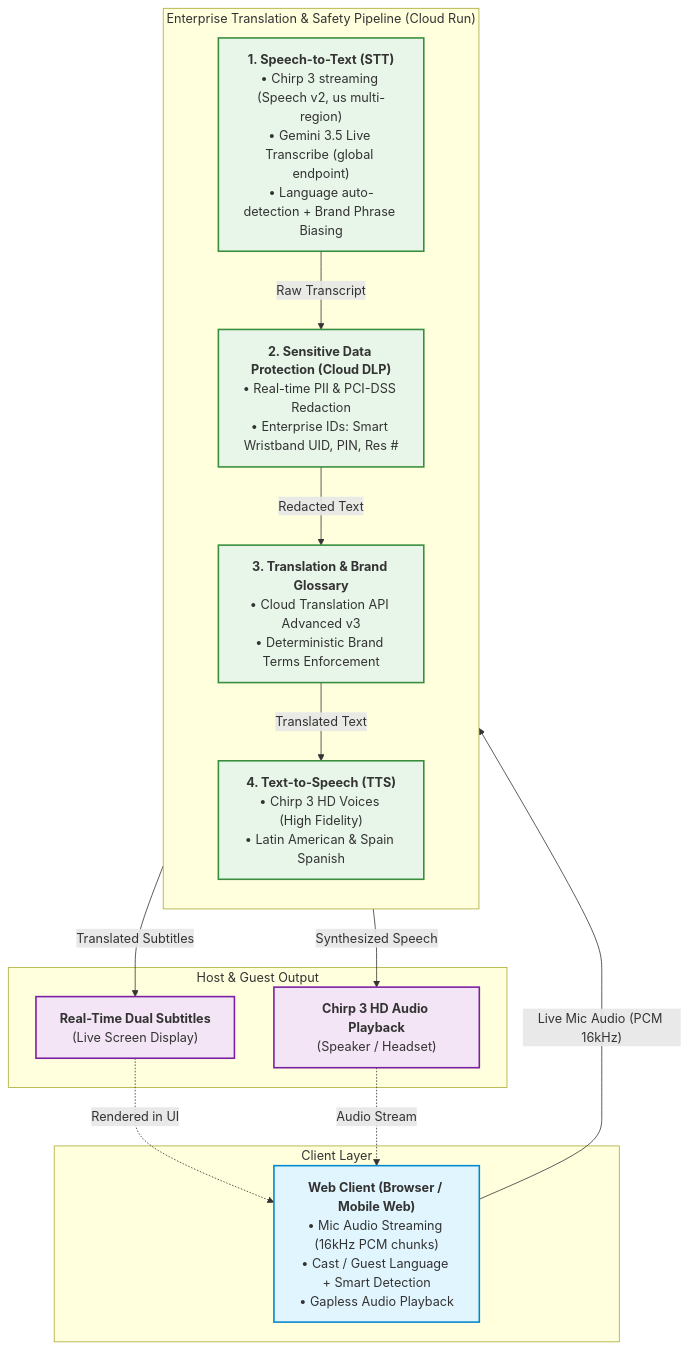
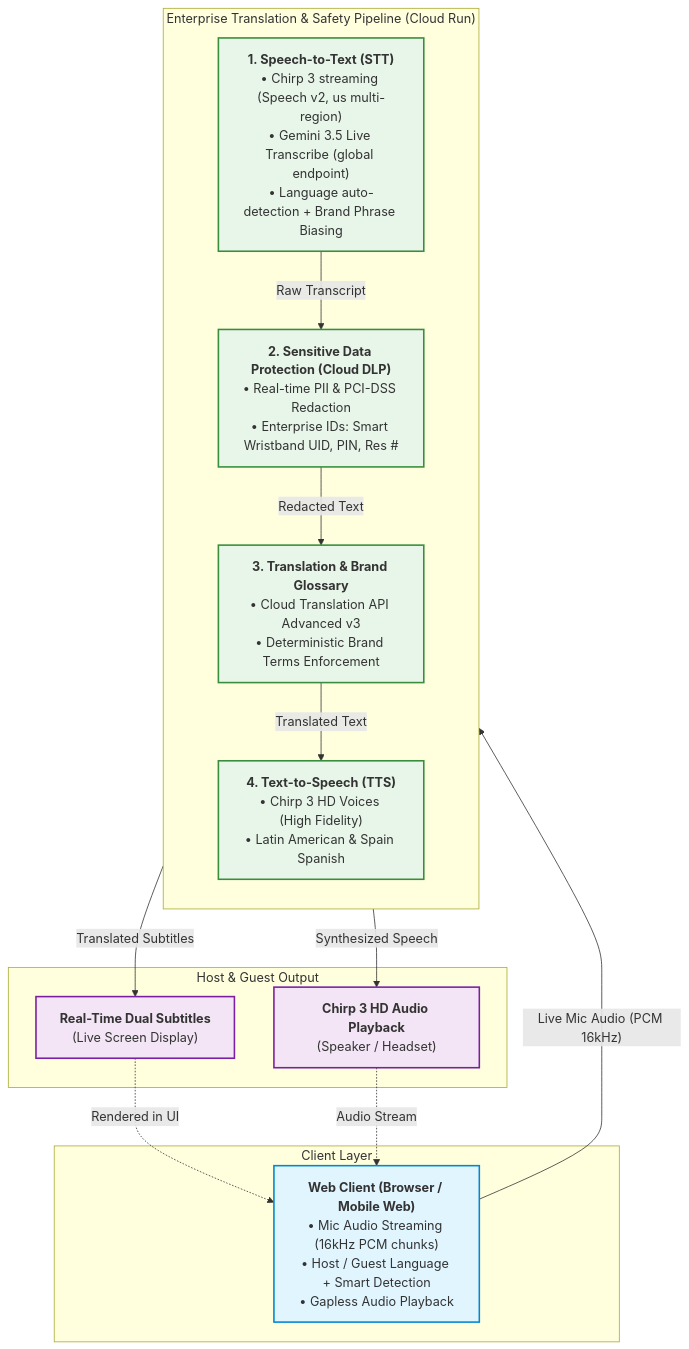
Before and after one commit to John-Anthony-L/GCP-Live-Translation: the first of 2 diagrams in README.md, drawn with Mermaid. The commit also changed other lines of this file and 20 other files, not shown here.

````diff
--- a/README.md
+++ b/README.md
@@ -28,42 +29,42 @@
 ```mermaid
 flowchart TD
     subgraph Client["Client Layer"]
-        Web["<b>Web Client (Browser / Mobile Web)</b><br/>• Mic Audio Streaming (16kHz PCM chunks)<br/>• Cast / Guest Language + Smart Detection<br/>• Gapless Audio Playback"]
+        Web["<b>Web Client (Browser / Mobile Web)</b><br/>• Mic Audio Streaming (16kHz PCM chunks)<br/>• Host / Guest Language + Smart Detection<br/>• Gapless Audio Playback"]
     end
 
     subgraph Pipeline["Enterprise Translation & Safety Pipeline (Cloud Run)"]
         direction TB
         STT["<b>1. Speech-to-Text (STT)</b><br/>• Chirp 3 streaming (Speech v2, us multi-region)<br/>• Gemini 3.5 Live Transcribe (global endpoint)<br/>• Language auto-detection + Brand Phrase Biasing"]
         DLP["<b>2. Sensitive Data Protection (Cloud DLP)</b><br/>• Real-time PII & PCI-DSS Redaction<br/>• Enterprise IDs: Smart Wristband UID, PIN, Res #"]
         Trans["<b>3. Translation & Brand Glossary</b><br/>• Cloud Translation API Advanced v3<br/>• Deterministic Brand Terms Enforcement"]
         TTS["<b>4. Text-to-Speech (TTS)</b><br/>• Chirp 3 HD Voices (High Fidelity)<br/>• Latin American & Spain Spanish"]
     end
 
     subgraph Experience["Host & Guest Output"]
         TextOut["<b>Real-Time Dual Subtitles</b><br/>(Live Screen Display)"]
         AudioOut["<b>Chirp 3 HD Audio Playback</b><br/>(Speaker / Headset)"]
     end
 
     %% Audio input flow
     Web -->|"Live Mic Audio (PCM 16kHz)"| STT
     STT -->|"Raw Transcript"| DLP
     DLP -->|"Redacted Text"| Trans
     Trans -->|"Translated Text"| TTS
 
     %% Output flow directly from Translation Pipeline
     Trans -->|"Translated Subtitles"| TextOut
     TTS -->|"Synthesized Speech"| AudioOut
 
     %% Feedback loop to Web Client UI
     TextOut -.->|"Rendered in UI"| Web
     AudioOut -.->|"Audio Stream"| Web
 
     %% Styling
     classDef clientStyle fill:#e1f5fe,stroke:#0288d1,stroke-width:2px;
     classDef pipeStyle fill:#e8f5e9,stroke:#388e3c,stroke-width:2px;
     classDef outStyle fill:#f3e5f5,stroke:#7b1fa2,stroke-width:2px;
 
     class Web clientStyle;
     class STT,DLP,Trans,TTS pipeStyle;
     class AudioOut,TextOut outStyle;
 ```
````
